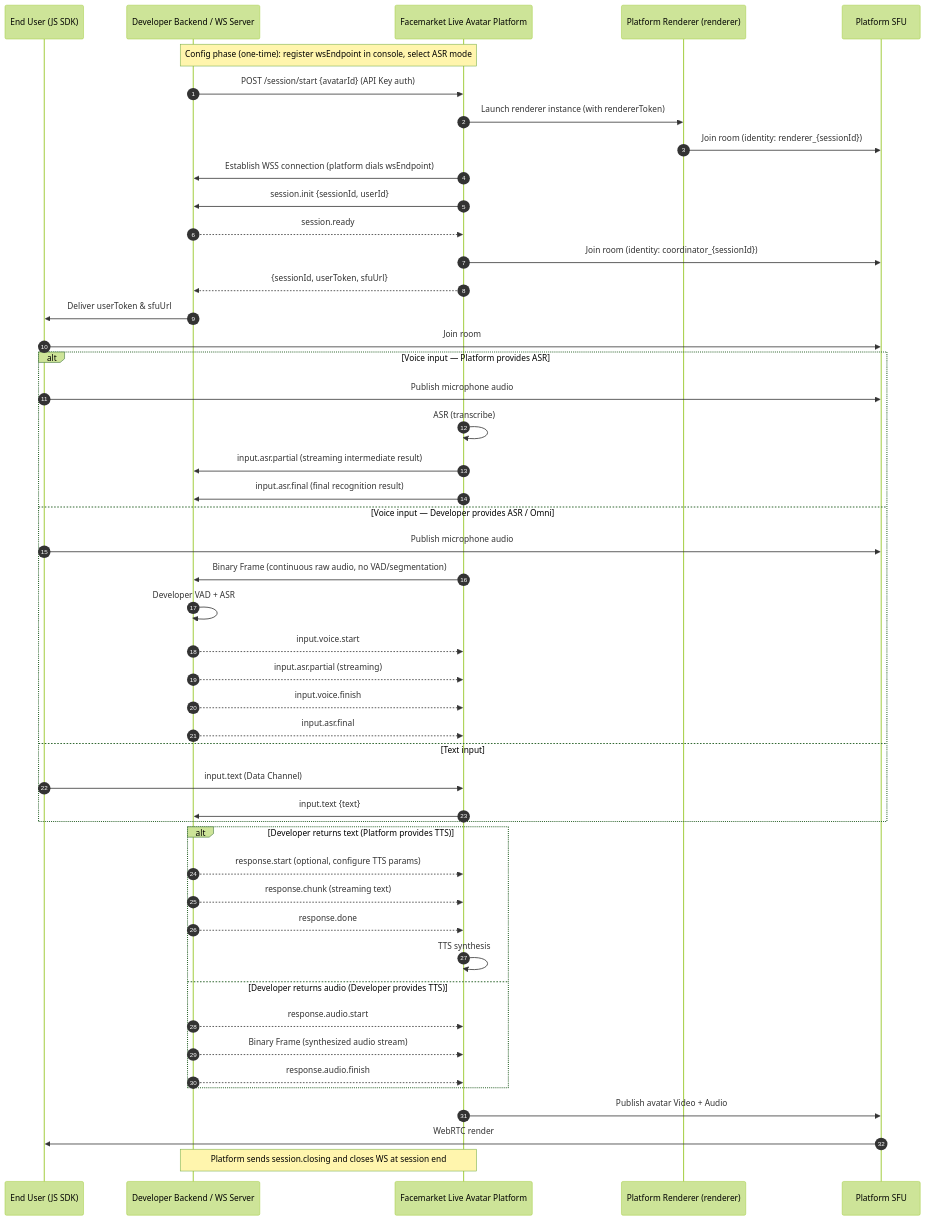
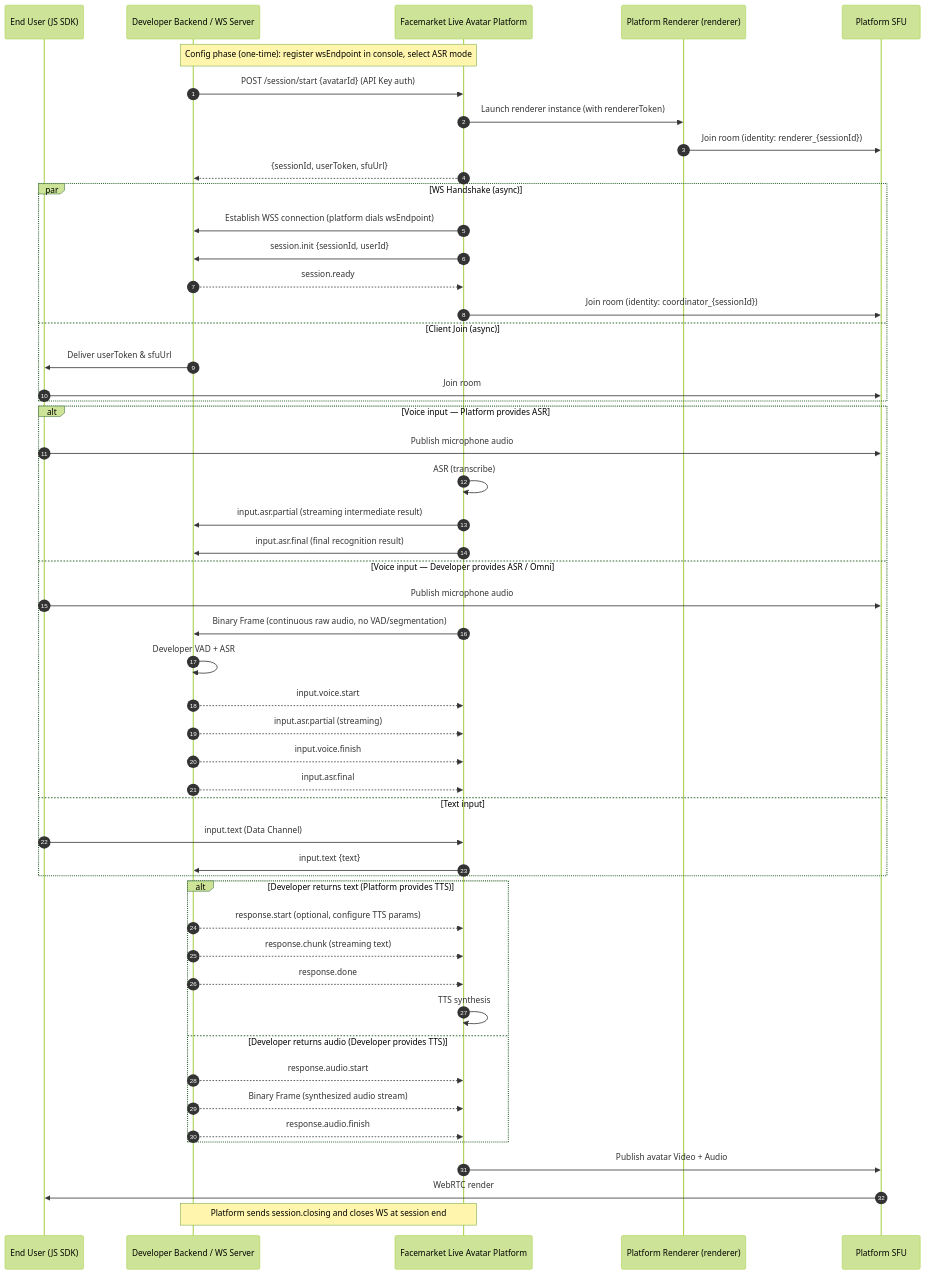
Before and after one commit to newportAI-lab/liveavatar-integration-guide: the second of 5 diagrams in Live Avatar Integration Guide.md, drawn with Mermaid (forest theme). The commit also changed other lines of this file, not shown here.

````diff
--- a/Live Avatar Integration Guide.md
+++ b/Live Avatar Integration Guide.md
@@ -305,57 +334,60 @@
 ```mermaid
 sequenceDiagram
     autonumber
     participant Client as End User (JS SDK)
     participant Backend as Developer Backend / WS Server
     participant Platform as Facemarket Live Avatar Platform
     participant Renderer as Platform Renderer (renderer)
     participant SFU as Platform SFU
 
     Note over Backend, Platform: Config phase (one-time): register wsEndpoint in console, select ASR mode
 
     Backend->>Platform: POST /session/start {avatarId} (API Key auth)
     Platform->>Renderer: Launch renderer instance (with rendererToken)
     Renderer->>SFU: Join room (identity: renderer_{sessionId})
-    Platform->>Backend: Establish WSS connection (platform dials wsEndpoint)
-    Platform->>Backend: session.init {sessionId, userId}
-    Backend-->>Platform: session.ready
-    Platform->>SFU: Join room (identity: coordinator_{sessionId})
     Platform-->>Backend: {sessionId, userToken, sfuUrl}
 
-    Backend->>Client: Deliver userToken & sfuUrl
-    Client->>SFU: Join room
+    par WS Handshake (async)
+        Platform->>Backend: Establish WSS connection (platform dials wsEndpoint)
+        Platform->>Backend: session.init {sessionId, userId}
+        Backend-->>Platform: session.ready
+        Platform->>SFU: Join room (identity: coordinator_{sessionId})
+    and Client Join (async)
+        Backend->>Client: Deliver userToken & sfuUrl
+        Client->>SFU: Join room
+    end
 
     alt Voice input — Platform provides ASR
         Client->>SFU: Publish microphone audio
         Platform->>Platform: ASR (transcribe)
         Platform->>Backend: input.asr.partial (streaming intermediate result)
         Platform->>Backend: input.asr.final (final recognition result)
     else Voice input — Developer provides ASR / Omni
         Client->>SFU: Publish microphone audio
         Platform->>Backend: Binary Frame (continuous raw audio, no VAD/segmentation)
         Backend->>Backend: Developer VAD + ASR
         Backend-->>Platform: input.voice.start
         Backend-->>Platform: input.asr.partial (streaming)
         Backend-->>Platform: input.voice.finish
         Backend-->>Platform: input.asr.final
     else Text input
         Client->>Platform: input.text (Data Channel)
         Platform->>Backend: input.text {text}
     end
 
     alt Developer returns text (Platform provides TTS)
         Backend-->>Platform: response.start (optional, configure TTS params)
         Backend-->>Platform: response.chunk (streaming text)
         Backend-->>Platform: response.done
         Platform->>Platform: TTS synthesis
     else Developer returns audio (Developer provides TTS)
         Backend-->>Platform: response.audio.start
         Backend-->>Platform: Binary Frame (synthesized audio stream)
         Backend-->>Platform: response.audio.finish
     end
 
     Platform->>SFU: Publish avatar Video + Audio
     SFU->>Client: WebRTC render
 
     Note over Platform, Backend: Platform sends session.closing and closes WS at session end
 ```
````
